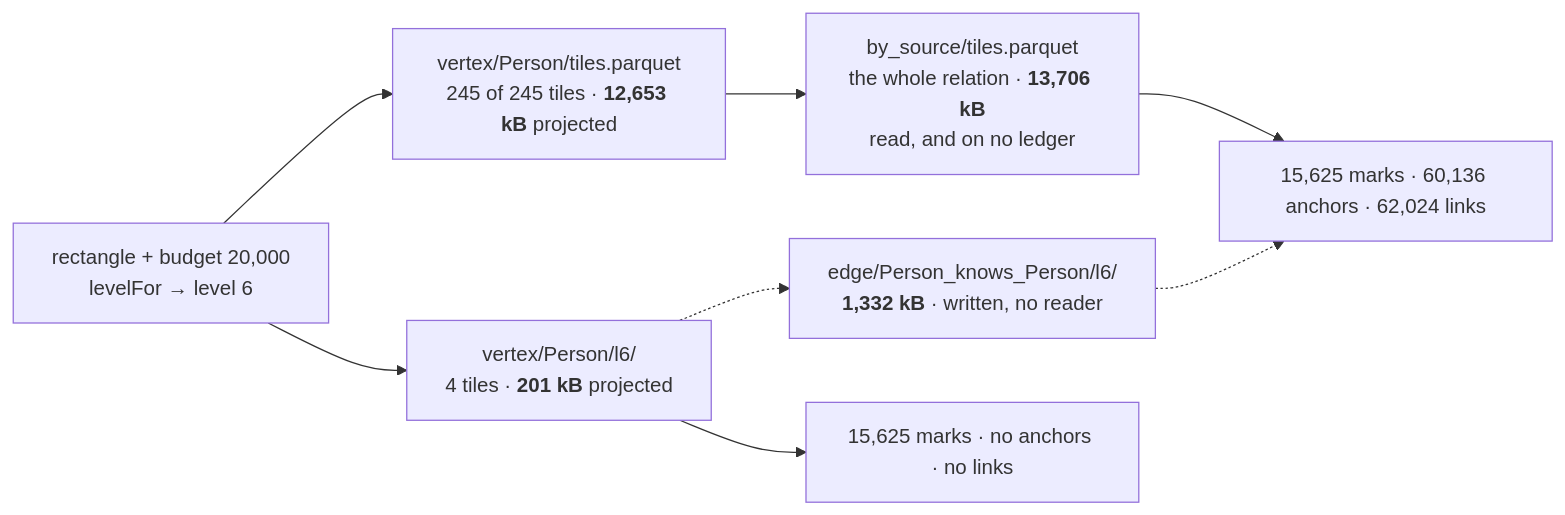
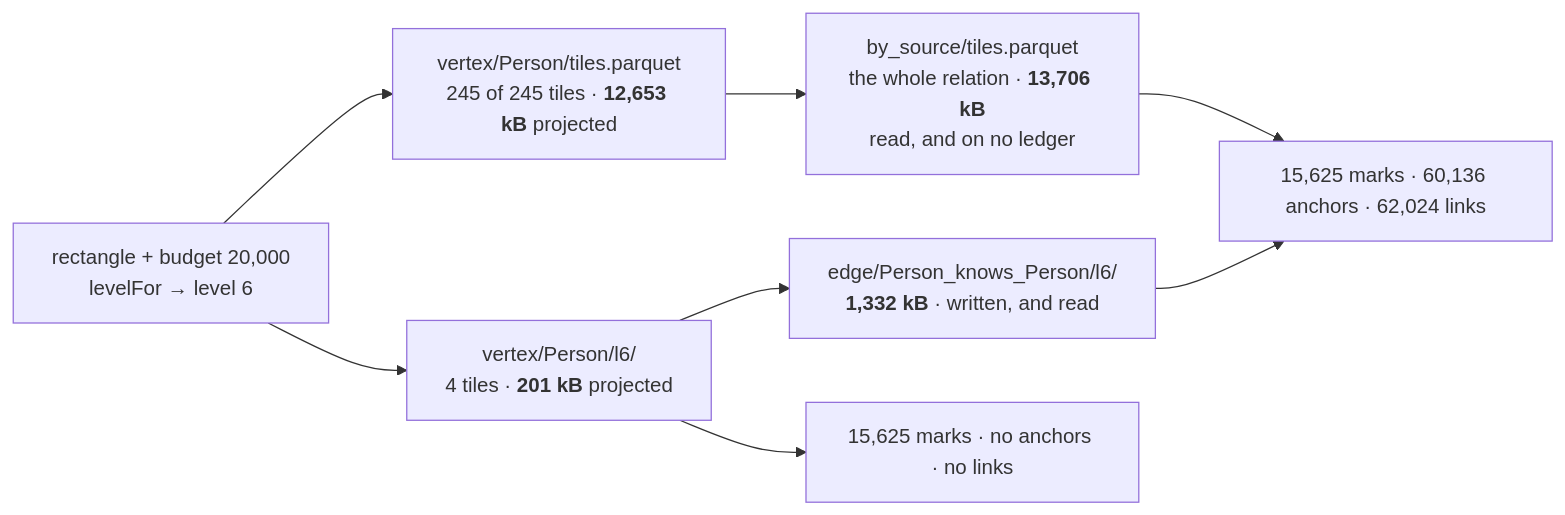
One commit to Kanzo-Tech/fossil-lang changed the diagram in apps/docs/content/docs/design/reference-viewer.mdx. Above: the diagram before and after it, drawn with Mermaid. The commit also changed other lines of this file and 2 other files, not shown here.

````diff
--- a/apps/docs/content/docs/design/reference-viewer.mdx
+++ b/apps/docs/content/docs/design/reference-viewer.mdx
@@ -162,11 +162,11 @@
 ```mermaid
 graph LR
   R["rectangle + budget 20,000<br/>levelFor → level 6"]
   R --> V["vertex/Person/tiles.parquet<br/>245 of 245 tiles · <b>12,653 kB</b> projected"]
   R --> L["vertex/Person/l6/<br/>4 tiles · <b>201 kB</b> projected"]
   V --> A["by_source/tiles.parquet<br/>the whole relation · <b>13,706 kB</b><br/>read, and on no ledger"]
-  L -.-> E["edge/Person_knows_Person/l6/<br/><b>1,332 kB</b> · written, no reader"]
+  L --> E["edge/Person_knows_Person/l6/<br/><b>1,332 kB</b> · written, and read"]
   A --> P["15,625 marks · 60,136 anchors · 62,024 links"]
-  E -.-> P
+  E --> P
   L --> Q["15,625 marks · no anchors · no links"]
 ```
````
